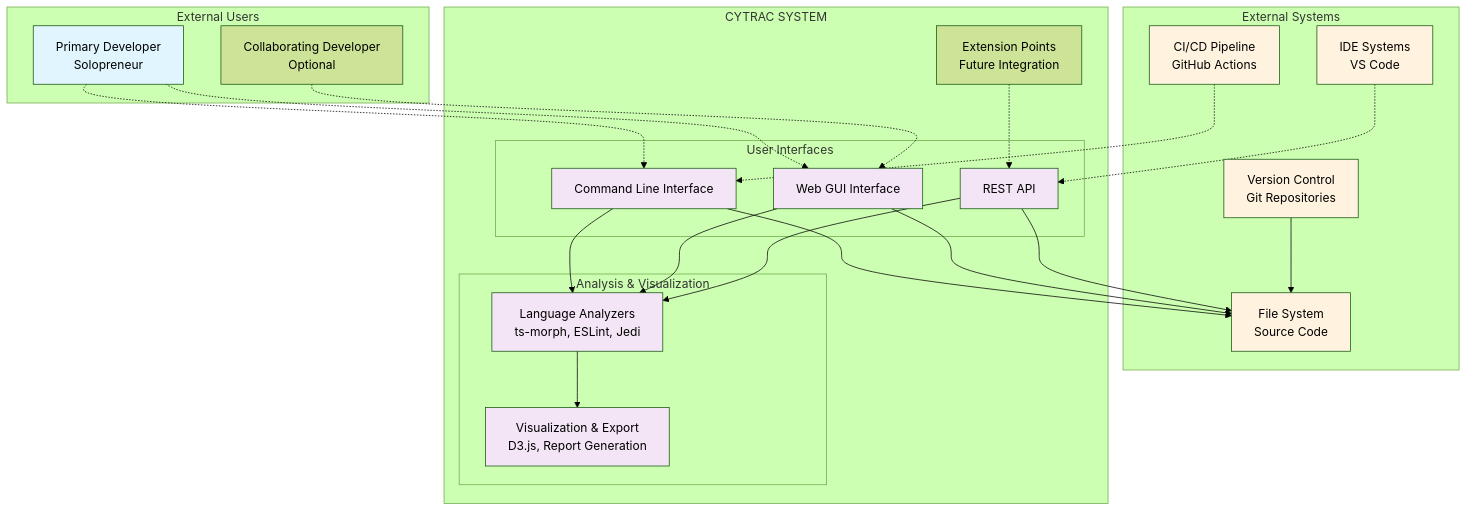
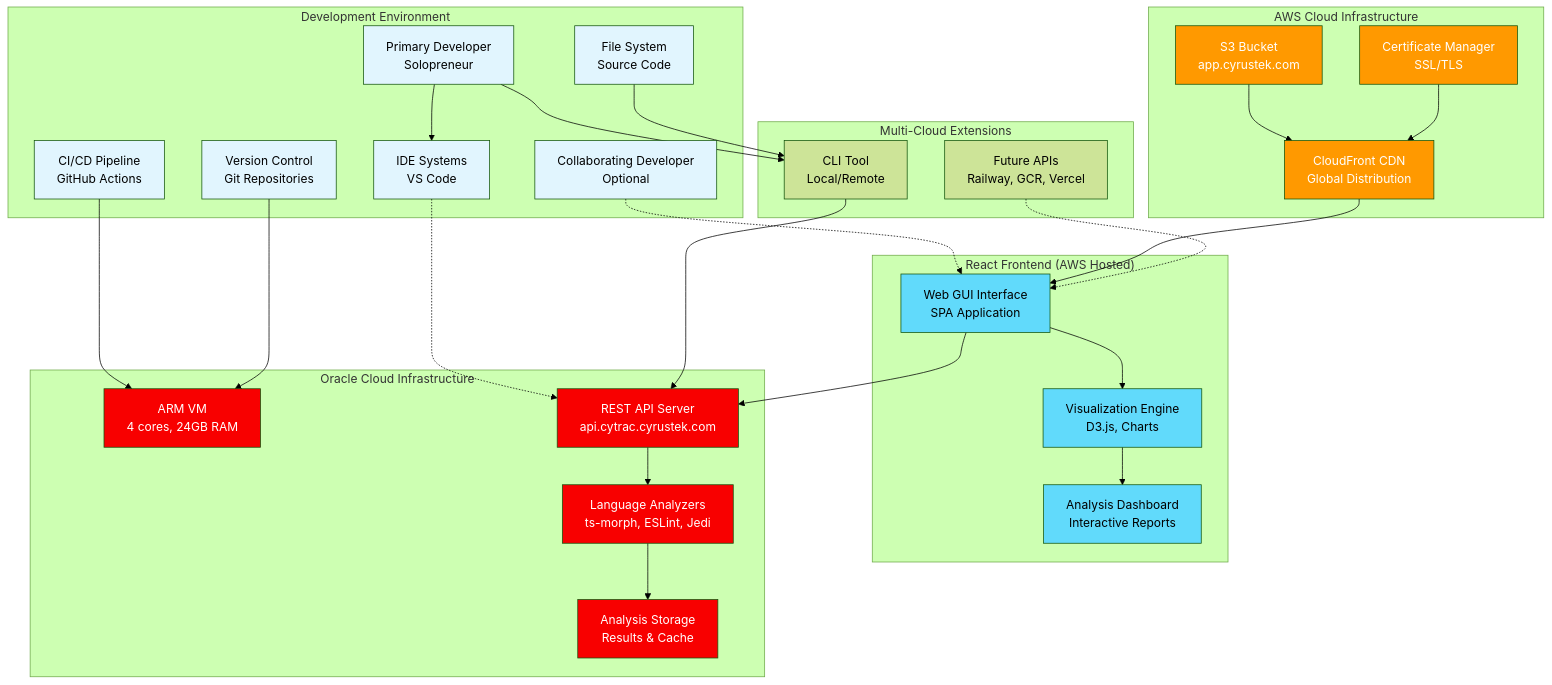
One commit to louipr/cytrac changed the first of 5 diagrams in docs/SAD.md. Above: the diagram before and after it, drawn with Mermaid (forest theme). The commit also changed other lines of this file, not shown here.

````diff
--- a/docs/SAD.md
+++ b/docs/SAD.md
@@ -115,57 +127,70 @@
 ```mermaid
 graph TB
-    subgraph "External Users"
+    subgraph "Development Environment"
         DEV1[Primary Developer<br/>Solopreneur]
         DEV2[Collaborating Developer<br/>Optional]
-    end
-    
-    subgraph "External Systems"
         FS[File System<br/>Source Code]
         VCS[Version Control<br/>Git Repositories]
         IDE[IDE Systems<br/>VS Code]
         CICD[CI/CD Pipeline<br/>GitHub Actions]
     end
     
-    subgraph "CYTRAC SYSTEM"
-        subgraph "User Interfaces"
-            CLI[Command Line Interface]
-            GUI[Web GUI Interface]
-            API[REST API]
-        end
-        
-        subgraph "Analysis & Visualization"
-            LANG[Language Analyzers<br/>ts-morph, ESLint, Jedi]
-            VIZ[Visualization & Export<br/>D3.js, Report Generation]
-        end
-        
-        EXT[Extension Points<br/>Future Integration]
+    subgraph "AWS Cloud Infrastructure"
+        S3[S3 Bucket<br/>app.cyrustek.com]
+        CF[CloudFront CDN<br/>Global Distribution]
+        ACM[Certificate Manager<br/>SSL/TLS]
     end
     
-    %% User interactions
-    DEV1 -.-> CLI
-    DEV1 -.-> GUI
+    subgraph "React Frontend (AWS Hosted)"
+        GUI[Web GUI Interface<br/>SPA Application]
+        VIZ[Visualization Engine<br/>D3.js, Charts]
+        UI[Analysis Dashboard<br/>Interactive Reports]
+    end
+    
+    subgraph "Oracle Cloud Infrastructure"
+        ARM[ARM VM<br/>4 cores, 24GB RAM]
+        API[REST API Server<br/>api.cytrac.cyrustek.com]
+        LANG[Language Analyzers<br/>ts-morph, ESLint, Jedi]
+        STORAGE[Analysis Storage<br/>Results & Cache]
+    end
+    
+    subgraph "Multi-Cloud Extensions"
+        CLI[CLI Tool<br/>Local/Remote]
+        EXT[Future APIs<br/>Railway, GCR, Vercel]
+    end
+    
+    %% Development workflow
+    DEV1 --> IDE
+    DEV1 --> CLI
     DEV2 -.-> GUI
+    IDE -.-> API
+    CICD --> ARM
+    VCS --> ARM
     
-    %% External system interactions
-    CLI --> FS
-    GUI --> FS
-    API --> FS
-    VCS --> FS
-    IDE -.-> API
-    CICD -.-> CLI
+    %% Cloud infrastructure
+    CF --> GUI
+    S3 --> CF
+    ACM --> CF
+    GUI --> API
     
-    %% Internal connections
-    CLI --> LANG
-    GUI --> LANG
+    %% Processing flow
+    FS --> CLI
+    CLI --> API
     API --> LANG
-    LANG --> VIZ
-    EXT -.-> API
+    LANG --> STORAGE
+    GUI --> VIZ
+    VIZ --> UI
     
-    classDef primary fill:#e1f5fe
-    classDef system fill:#f3e5f5
-    classDef external fill:#fff3e0
+    %% Extensions
+    EXT -.-> GUI
     
-    class DEV1 primary
-    class CLI,GUI,API,LANG,VIZ system
-    class FS,VCS,IDE,CICD external
+    classDef aws fill:#FF9900,color:#fff
+    classDef oracle fill:#F80000,color:#fff
+    classDef frontend fill:#61DAFB,color:#000
+    classDef dev fill:#e1f5fe
+    
+    class S3,CF,ACM aws
+    class ARM,API,LANG,STORAGE oracle
+    class GUI,VIZ,UI frontend
+    class DEV1,DEV2,FS,VCS,IDE,CICD dev
 ```
````
